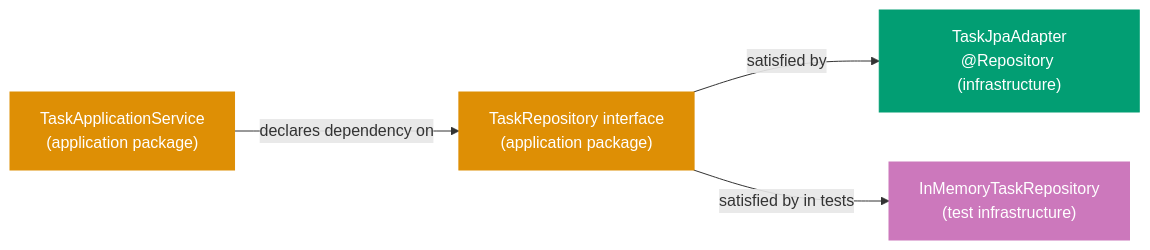
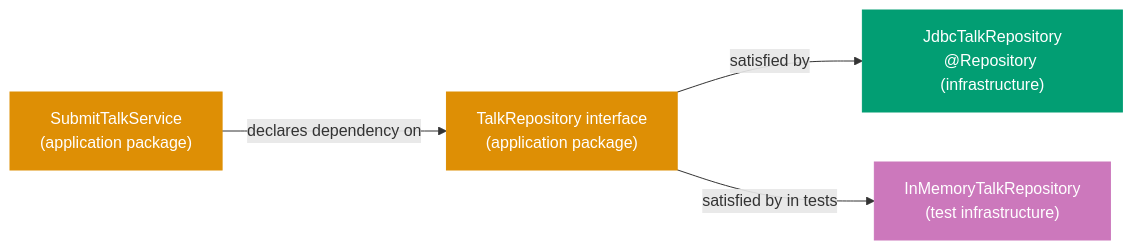
Before and after one commit to wahidyankf/open-sharia-enterprise: the second of 2 diagrams in apps/ayokoding-web/content/en/learn/software-engineering/architecture/ddd-hexagonal-in-practice/oop-in-the-field/beginner.md, drawn with Mermaid. The commit also changed other lines of this file and 11 other files, not shown here.

````diff
--- a/apps/ayokoding-web/content/en/learn/software-engineering/architecture/ddd-hexagonal-in-practice/oop-in-the-field/beginner.md
+++ b/apps/ayokoding-web/content/en/learn/software-engineering/architecture/ddd-hexagonal-in-practice/oop-in-the-field/beginner.md
@@ -447,14 +443,14 @@
 ```mermaid
 flowchart LR
-    svc["TaskApplicationService\n(application package)"]:::orange
-    port["TaskRepository interface\n(application package)"]:::orange
-    jpa["TaskJpaAdapter\n@Repository (infrastructure)"]:::teal
-    mem["InMemoryTaskRepository\n(test infrastructure)"]:::purple
+    svc["SubmitTalkService\n(application package)"]:::orange
+    port["TalkRepository interface\n(application package)"]:::orange
+    jdbc["JdbcTalkRepository\n@Repository (infrastructure)"]:::teal
+    mem["InMemoryTalkRepository\n(test infrastructure)"]:::purple
     svc -->|"declares dependency on"| port
-    port -->|"satisfied by"| jpa
+    port -->|"satisfied by"| jdbc
     port -->|"satisfied by in tests"| mem
 
     classDef orange fill:#DE8F05,color:#fff,stroke:#DE8F05
     classDef teal fill:#029E73,color:#fff,stroke:#029E73
     classDef purple fill:#CC78BC,color:#fff,stroke:#CC78BC
 ```
````
